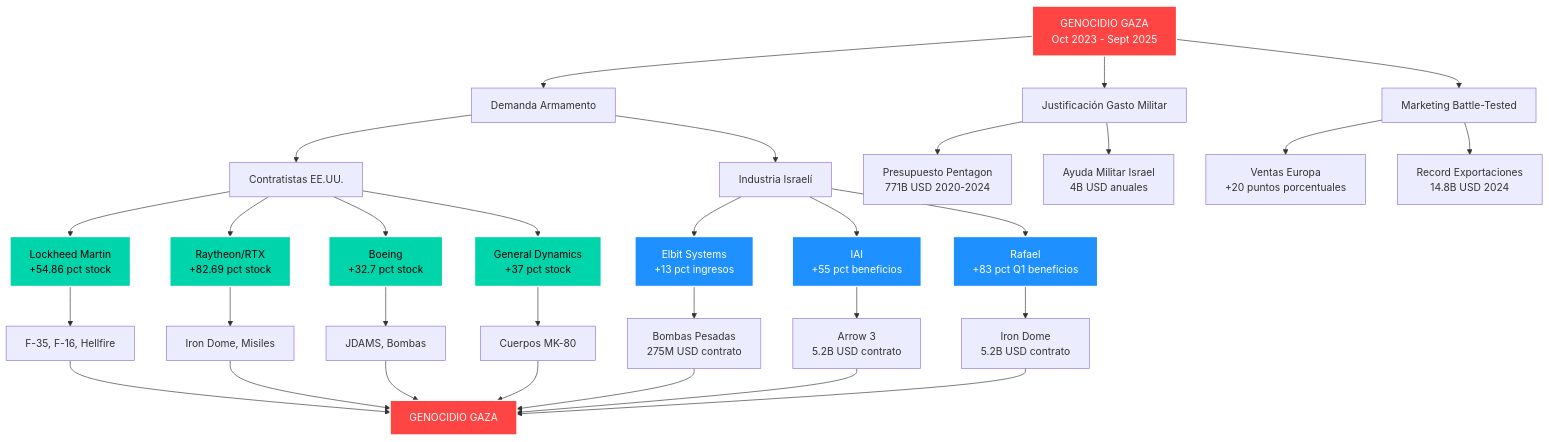
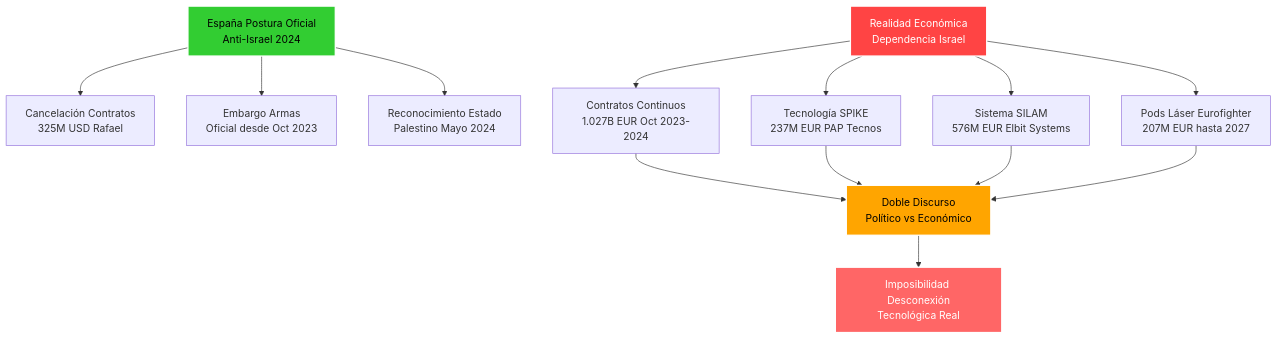
One commit to perpetuocambio/annotations changed the tenth of 18 diagrams in intel/israel_geopolitical_analysis.md. Above: the diagram before and after it, drawn with Mermaid. The commit also changed other lines of this file, not shown here.

````diff
--- a/intel/israel_geopolitical_analysis.md
+++ b/intel/israel_geopolitical_analysis.md
@@ -334,51 +526,23 @@
 ```mermaid
-graph TD
-    A[GENOCIDIO GAZA<br/>Oct 2023 - Sept 2025] --> B[Demanda Armamento]
-    A --> C[Justificación Gasto Militar]
-    A --> D[Marketing Battle-Tested]
+flowchart TD
+    A[España Postura Oficial<br/>Anti-Israel 2024] --> B[Cancelación Contratos<br/>325M USD Rafael]
+    A --> C[Embargo Armas<br/>Oficial desde Oct 2023]
+    A --> D[Reconocimiento Estado<br/>Palestino Mayo 2024]
 
-    B --> E[Contratistas EE.UU.]
-    B --> F[Industria Israelí]
+    E[Realidad Económica<br/>Dependencia Israel] --> F[Contratos Continuos<br/>1.027B EUR Oct 2023-2024]
+    E --> G[Tecnología SPIKE<br/>237M EUR PAP Tecnos]
+    E --> H[Sistema SILAM<br/>576M EUR Elbit Systems]
+    E --> I[Pods Láser Eurofighter<br/>207M EUR hasta 2027]
 
-    E --> E1[Lockheed Martin<br/>+54.86 pct stock]
-    E --> E2[Raytheon/RTX<br/>+82.69 pct stock]
-    E --> E3[Boeing<br/>+32.7 pct stock]
-    E --> E4[General Dynamics<br/>+37 pct stock]
+    F --> J[Doble Discurso<br/>Político vs Económico]
+    G --> J
+    H --> J
+    I --> J
 
-    F --> F1[Elbit Systems<br/>+13 pct ingresos]
-    F --> F2[IAI<br/>+55 pct beneficios]
-    F --> F3[Rafael<br/>+83 pct Q1 beneficios]
+    J --> K[Imposibilidad Desconexión<br/>Tecnológica Real]
 
-    C --> G[Presupuesto Pentagon<br/>771B USD 2020-2024]
-    C --> H[Ayuda Militar Israel<br/>4B USD anuales]
-
-    D --> I[Ventas Europa<br/>+20 puntos porcentuales]
-    D --> J[Record Exportaciones<br/>14.8B USD 2024]
-
-    E1 --> K[F-35, F-16, Hellfire]
-    E2 --> L[Iron Dome, Misiles]
-    E3 --> M[JDAMS, Bombas]
-    E4 --> N[Cuerpos MK-80]
-
-    F1 --> O[Bombas Pesadas<br/>275M USD contrato]
-    F2 --> P[Arrow 3<br/>5.2B USD contrato]
-    F3 --> Q[Iron Dome<br/>5.2B USD contrato]
-
-    K --> R[GENOCIDIO GAZA]
-    L --> R
-    M --> R
-    N --> R
-    O --> R
-    P --> R
-    Q --> R
-
-    style A fill:#ff4444,stroke:#fff,stroke-width:2px,color:#fff
-    style R fill:#ff4444,stroke:#fff,stroke-width:2px,color:#fff
-    style E1 fill:#00d4aa,stroke:#fff,stroke-width:2px,color:#000
-    style E2 fill:#00d4aa,stroke:#fff,stroke-width:2px,color:#000
-    style E3 fill:#00d4aa,stroke:#fff,stroke-width:2px,color:#000
-    style E4 fill:#00d4aa,stroke:#fff,stroke-width:2px,color:#000
-    style F1 fill:#1e90ff,stroke:#fff,stroke-width:2px,color:#fff
-    style F2 fill:#1e90ff,stroke:#fff,stroke-width:2px,color:#fff
-    style F3 fill:#1e90ff,stroke:#fff,stroke-width:2px,color:#fff
+    style A fill:#32cd32,stroke:#fff,stroke-width:2px,color:#000
+    style E fill:#ff4444,stroke:#fff,stroke-width:2px,color:#fff
+    style J fill:#ffa500,stroke:#fff,stroke-width:2px,color:#000
+    style K fill:#ff6666,stroke:#fff,stroke-width:2px,color:#fff
 ```
````
